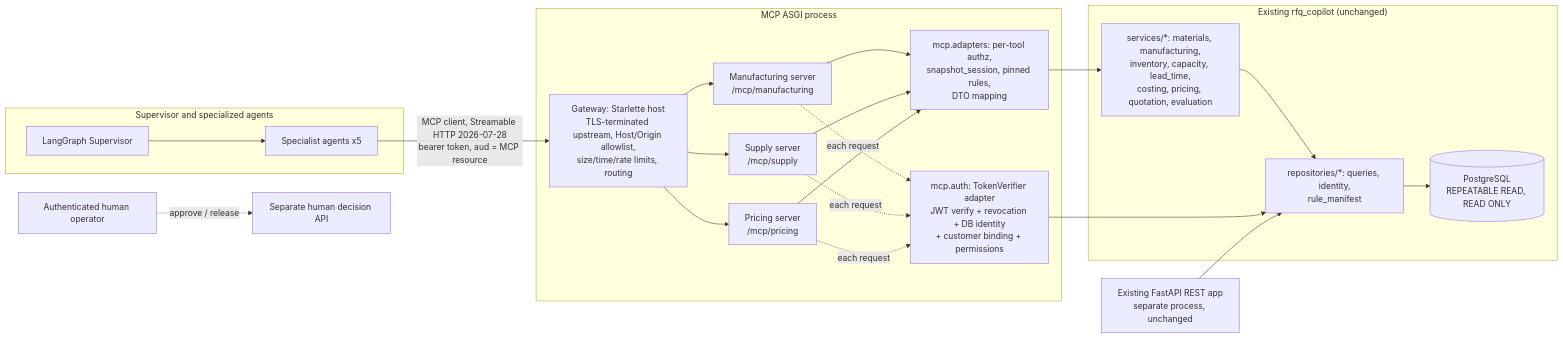
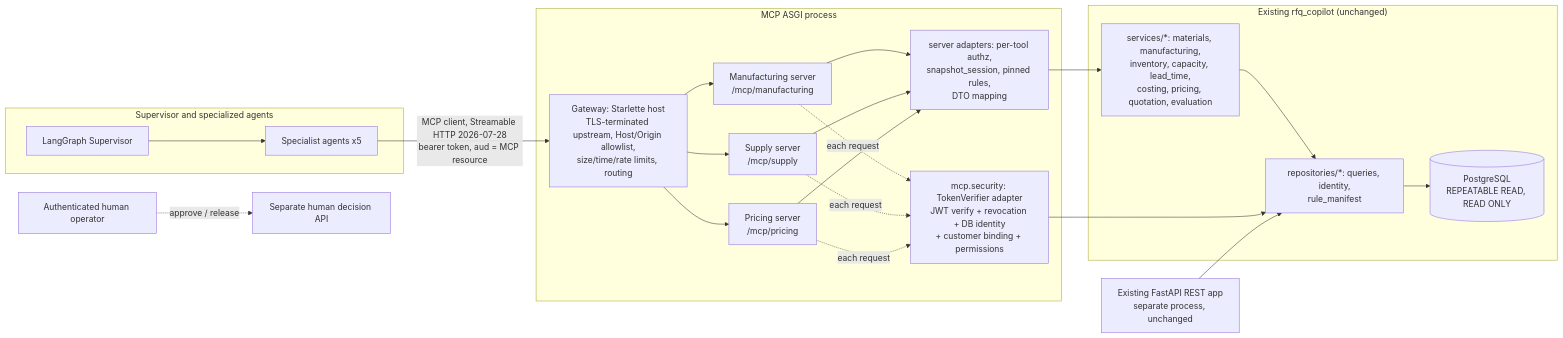
One commit to smitshah02/engineering-rfq-copilot changed the diagram in docs/architecture/mcp_architecture.md. Above: the diagram before and after it, drawn with Mermaid. The commit also changed other lines of this file and 49 other files, not shown here.

Commit message:
Consolidate current architecture and local operating documentation

````diff
--- a/docs/architecture/mcp_architecture.md
+++ b/docs/architecture/mcp_architecture.md
@@ -23,32 +35,32 @@
 ```mermaid
 flowchart LR
     subgraph Agents["Supervisor and specialized agents"]
         SUP[LangGraph Supervisor]
         SPEC[Specialist agents x5]
     end
     SUP --> SPEC
     SPEC -->|MCP client, Streamable HTTP 2026-07-28\nbearer token, aud = MCP resource| GW
 
     subgraph MCPProc["MCP ASGI process"]
         GW[Gateway: Starlette host\nTLS-terminated upstream, Host/Origin allowlist,\nsize/time/rate limits, routing]
-        AUTH[mcp.auth: TokenVerifier adapter\nJWT verify + revocation + DB identity\n+ customer binding + permissions]
+        AUTH[mcp.security: TokenVerifier adapter\nJWT verify + revocation + DB identity\n+ customer binding + permissions]
         MFG[Manufacturing server\n/mcp/manufacturing]
         SUPP[Supply server\n/mcp/supply]
         PRC[Pricing server\n/mcp/pricing]
-        ADP[mcp.adapters: per-tool authz,\nsnapshot_session, pinned rules,\nDTO mapping]
+        ADP[server adapters: per-tool authz,\nsnapshot_session, pinned rules,\nDTO mapping]
         GW --> MFG & SUPP & PRC
         MFG & SUPP & PRC -.each request.-> AUTH
         MFG & SUPP & PRC --> ADP
     end
 
     subgraph Core["Existing rfq_copilot (unchanged)"]
         SVC[services/*: materials, manufacturing,\ninventory, capacity, lead_time,\ncosting, pricing, quotation, evaluation]
         REPO[repositories/*: queries, identity,\nrule_manifest]
         DB[(PostgreSQL\nREPEATABLE READ, READ ONLY)]
     end
     ADP --> SVC --> REPO --> DB
     AUTH --> REPO
 
     API[Existing FastAPI REST app\nseparate process, unchanged] --> REPO
     HUMAN[Authenticated human operator] -.approve / release.-> DECISION[Separate human decision API]
 ```
````
